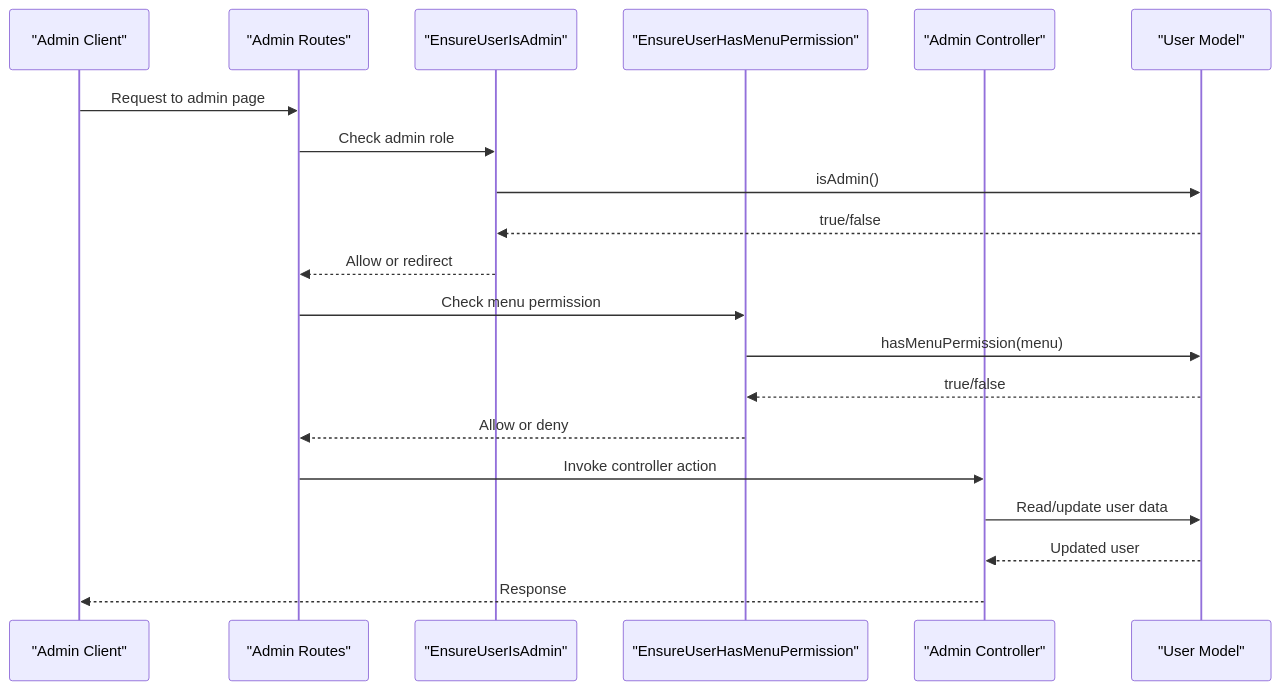
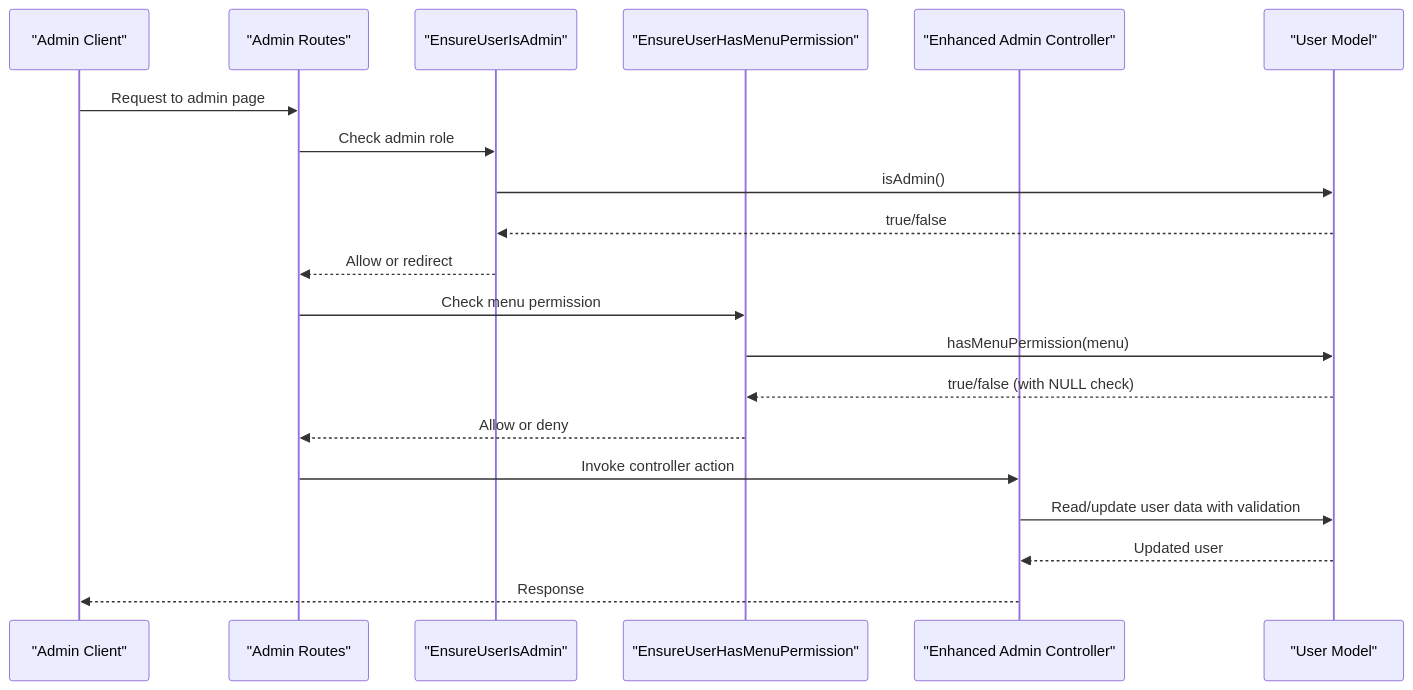
The second of 9 diagrams in .qoder/repowiki/en/content/Administrative Dashboard/User Management & Permissions.md (mahbub095/bus-app), drawn with Mermaid before and after one commit. The commit also changed other lines of this file and 119 other files, not shown here.

````diff
--- a/.qoder/repowiki/en/content/Administrative Dashboard/User Management & Permissions.md
+++ b/.qoder/repowiki/en/content/Administrative Dashboard/User Management & Permissions.md
@@ -116,22 +122,22 @@
 ```mermaid
 sequenceDiagram
 participant Client as "Admin Client"
 participant Route as "Admin Routes"
 participant MWAdmin as "EnsureUserIsAdmin"
 participant MWPerm as "EnsureUserHasMenuPermission"
-participant Ctrl as "Admin Controller"
+participant Ctrl as "Enhanced Admin Controller"
 participant Model as "User Model"
 Client->>Route : Request to admin page
 Route->>MWAdmin : Check admin role
 MWAdmin->>Model : isAdmin()
 Model-->>MWAdmin : true/false
 MWAdmin-->>Route : Allow or redirect
 Route->>MWPerm : Check menu permission
 MWPerm->>Model : hasMenuPermission(menu)
-Model-->>MWPerm : true/false
+Model-->>MWPerm : true/false (with NULL check)
 MWPerm-->>Route : Allow or deny
 Route->>Ctrl : Invoke controller action
-Ctrl->>Model : Read/update user data
+Ctrl->>Model : Read/update user data with validation
 Model-->>Ctrl : Updated user
 Ctrl-->>Client : Response
 ```
````
